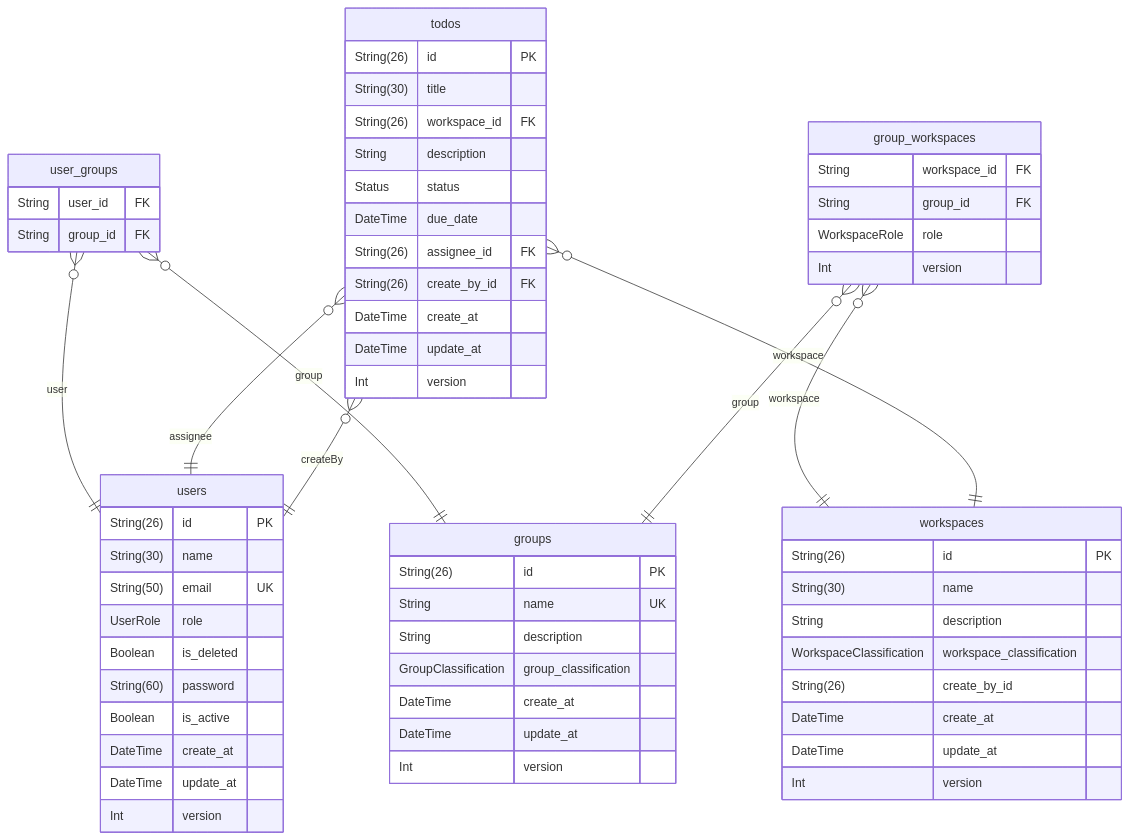
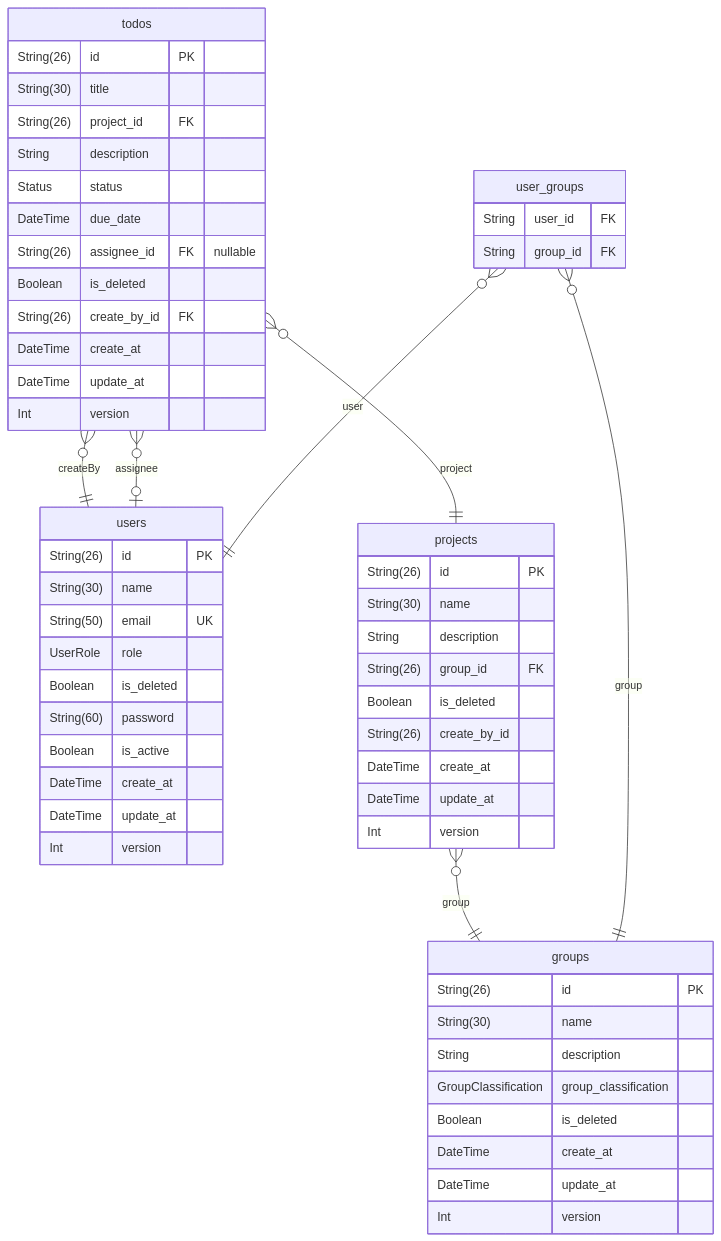
One commit to gaga1073/todo-angular-nestjs changed the diagram in todo-nestjs-10/prisma/ERD.md. Above: the diagram before and after it, drawn with Mermaid. The commit also changed other lines of this file and 142 other files, not shown here.

````diff
--- a/todo-nestjs-10/prisma/ERD.md
+++ b/todo-nestjs-10/prisma/ERD.md
@@ -9,64 +9,60 @@
 ```mermaid
 erDiagram
 "users" {
   String(26) id PK
   String(30) name
   String(50) email UK
   UserRole role
   Boolean is_deleted
   String(60) password
   Boolean is_active
   DateTime create_at
   DateTime update_at
   Int version
 }
 "groups" {
   String(26) id PK
-  String name UK
+  String(30) name
   String description
   GroupClassification group_classification
+  Boolean is_deleted
   DateTime create_at
   DateTime update_at
   Int version
 }
 "user_groups" {
   String user_id FK
   String group_id FK
 }
-"group_workspaces" {
-  String workspace_id FK
-  String group_id FK
-  WorkspaceRole role
-  Int version
-}
-"workspaces" {
+"projects" {
   String(26) id PK
   String(30) name
   String description
-  WorkspaceClassification workspace_classification
+  String(26) group_id FK
+  Boolean is_deleted
   String(26) create_by_id
   DateTime create_at
   DateTime update_at
   Int version
 }
 "todos" {
   String(26) id PK
   String(30) title
-  String(26) workspace_id FK
+  String(26) project_id FK
   String description
   Status status
   DateTime due_date
-  String(26) assignee_id FK
+  String(26) assignee_id FK "nullable"
+  Boolean is_deleted
   String(26) create_by_id FK
   DateTime create_at
   DateTime update_at
   Int version
 }
 "user_groups" }o--|| "users" : user
 "user_groups" }o--|| "groups" : group
-"group_workspaces" }o--|| "workspaces" : workspace
-"group_workspaces" }o--|| "groups" : group
-"todos" }o--|| "workspaces" : workspace
-"todos" }o--|| "users" : assignee
+"projects" }o--|| "groups" : group
+"todos" }o--|| "projects" : project
+"todos" }o--o| "users" : assignee
 "todos" }o--|| "users" : createBy
 ```
````
